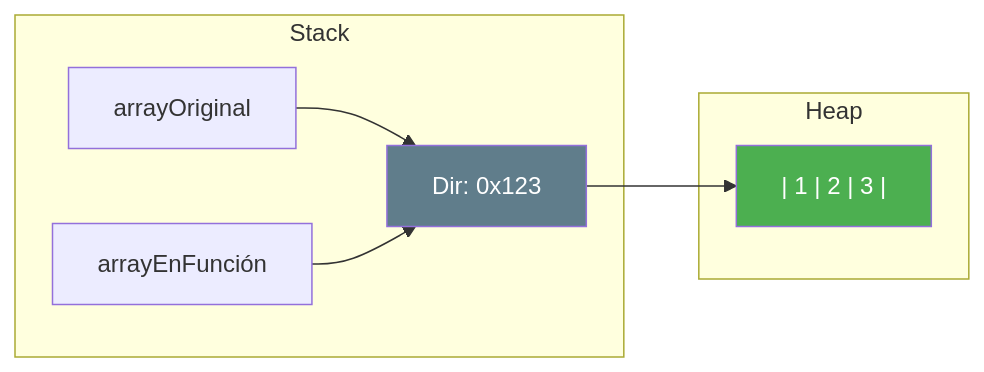
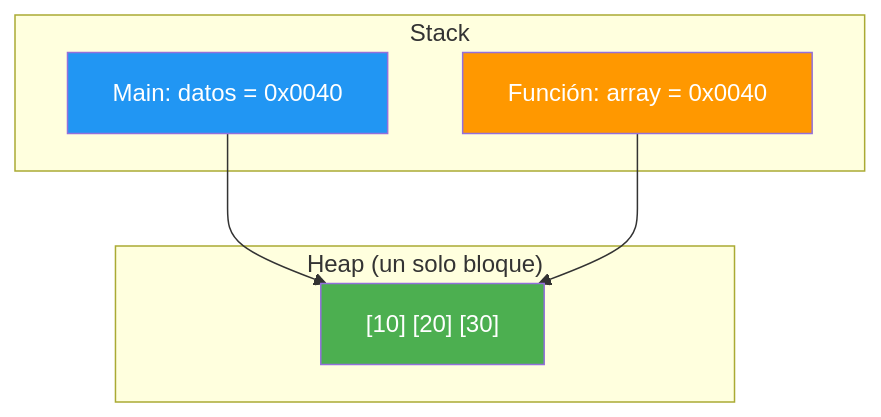
One commit to joseluisgs/Programacion-03-2026-2027 changed the fourth of 11 diagrams in 02-arrays-unidimensionales.md. Above: the diagram before and after it, drawn with Mermaid. The commit also changed other lines of this file, not shown here.

````diff
--- a/02-arrays-unidimensionales.md
+++ b/02-arrays-unidimensionales.md
@@ -222,12 +295,15 @@
 ```mermaid
-graph LR
-    subgraph STACK ["Stack"]
-        A["arrayOriginal"] --> PTR["Dir: 0x123"]
-        B["arrayEnFunción"] --> PTR
+graph TB
+    subgraph STACK["Stack"]
+        M["Main: datos = 0x0040"]
+        F["Función: array = 0x0040"]
     end
-    subgraph HEAP ["Heap"]
-        PTR --> DATA["| 1 | 2 | 3 |"]
+    subgraph HEAP["Heap (un solo bloque)"]
+        C["[10] [20] [30]"]
     end
-    style PTR fill:#607D8B,color:#fff
-    style DATA fill:#4CAF50,color:#fff
+    M --> C
+    F --> C
+    style M fill:#2196F3,color:#fff
+    style F fill:#FF9800,color:#fff
+    style C fill:#4CAF50,color:#fff
 ```
````
